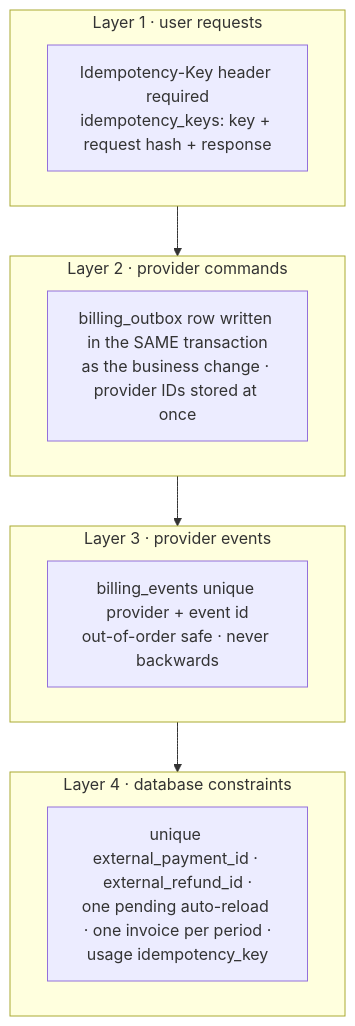
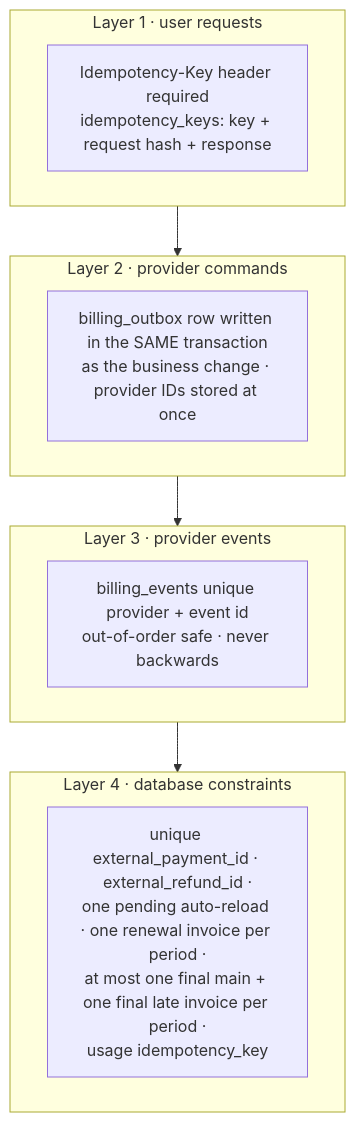
One commit to singhdhruv525-source/Zella-AI changed diagram 13 of 16 in docs/PAYMENTS_ARCHITECTURE.md. Above: the diagram before and after it, drawn with Mermaid. The commit also changed other lines of this file, not shown here.

First line of the commit message:
Docs: idempotency key map for every Stripe call and every grant; final invoices finalised with distinct keys

````diff
--- a/docs/PAYMENTS_ARCHITECTURE.md
+++ b/docs/PAYMENTS_ARCHITECTURE.md
@@ -499,16 +502,16 @@
 ```mermaid
 flowchart TB
   subgraph L1[Layer 1 · user requests]
     k[Idempotency-Key header required<br/>idempotency_keys: key + request hash + response]
   end
   subgraph L2[Layer 2 · provider commands]
     ob[billing_outbox row written in the SAME transaction<br/>as the business change · provider IDs stored at once]
   end
   subgraph L3[Layer 3 · provider events]
     ib[billing_events unique provider + event id<br/>out-of-order safe · never backwards]
   end
   subgraph L4[Layer 4 · database constraints]
-    uc[unique external_payment_id · external_refund_id ·<br/>one pending auto-reload · one invoice per period ·<br/>usage idempotency_key]
+    uc[unique external_payment_id · external_refund_id ·<br/>one pending auto-reload · one renewal invoice per period ·<br/>at most one final main + one final late invoice per period ·<br/>usage idempotency_key]
   end
   L1 --> L2 --> L3 --> L4
 ```
````
